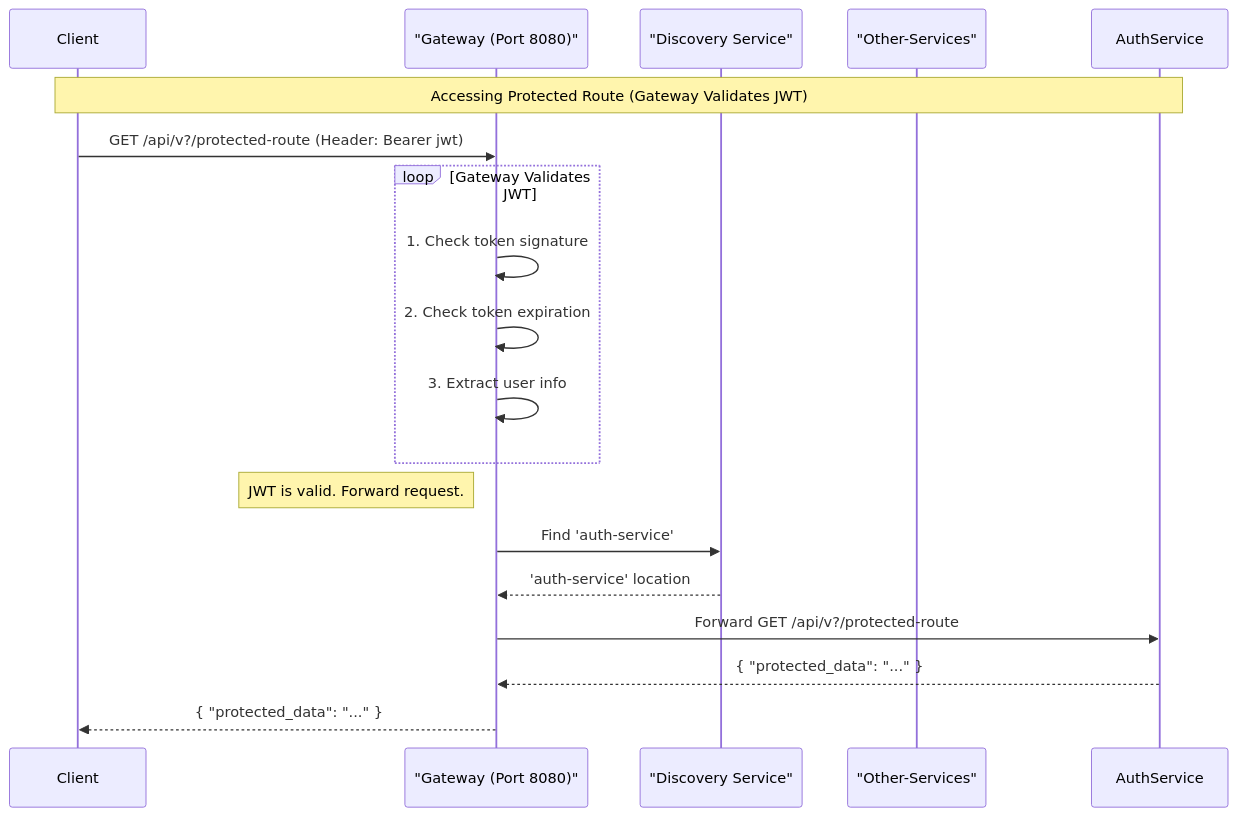
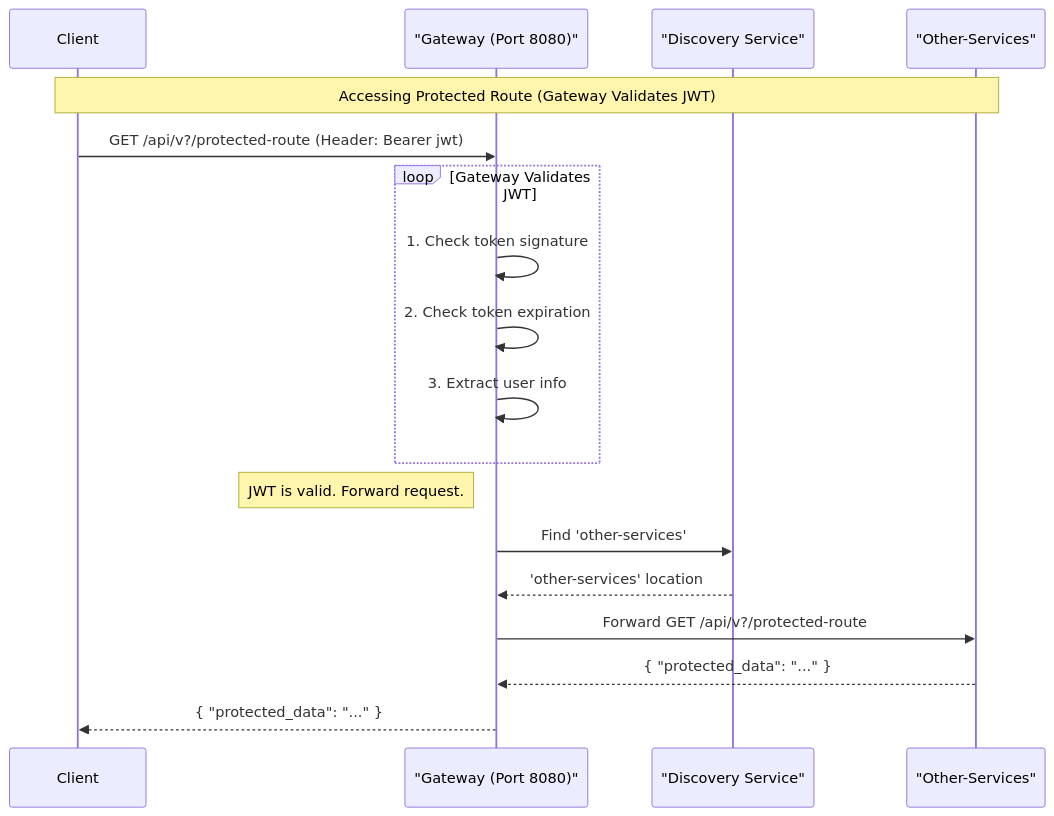
Before and after one commit to GIGLOX-DEV/yaaniq_docs: the second of 2 diagrams in docs/services/auth-service.md, drawn with Mermaid.

Commit message:
auth-user doc validate

````diff
--- a/docs/services/auth-service.md
+++ b/docs/services/auth-service.md
@@ -77,27 +77,27 @@
 ```mermaid
 sequenceDiagram
     participant Client
     participant Gateway as "Gateway (Port 8080)"
     participant DiscoveryService as "Discovery Service"
     participant OtherServices as "Other-Services"
 
-    Note over Client,AuthService: Accessing Protected Route (Gateway Validates JWT)
+    Note over Client,OtherServices: Accessing Protected Route (Gateway Validates JWT)
 
     Client->>Gateway: GET /api/v?/protected-route (Header: Bearer jwt)
     
     loop Gateway Validates JWT
         Gateway->>Gateway: 1. Check token signature
         Gateway->>Gateway: 2. Check token expiration
         Gateway->>Gateway: 3. Extract user info
     end
     
     Note left of Gateway: JWT is valid. Forward request.
 
-    Gateway->>DiscoveryService: Find 'auth-service'
-    DiscoveryService-->>Gateway: 'auth-service' location
+    Gateway->>DiscoveryService: Find 'other-services'
+    DiscoveryService-->>Gateway: 'other-services' location
     
-    Gateway->>AuthService: Forward GET /api/v?/protected-route
+    Gateway->>OtherServices: Forward GET /api/v?/protected-route
     
-    AuthService-->>Gateway: { "protected_data": "..." }
+    OtherServices-->>Gateway: { "protected_data": "..." }
     Gateway-->>Client: { "protected_data": "..." }
 ```
````
